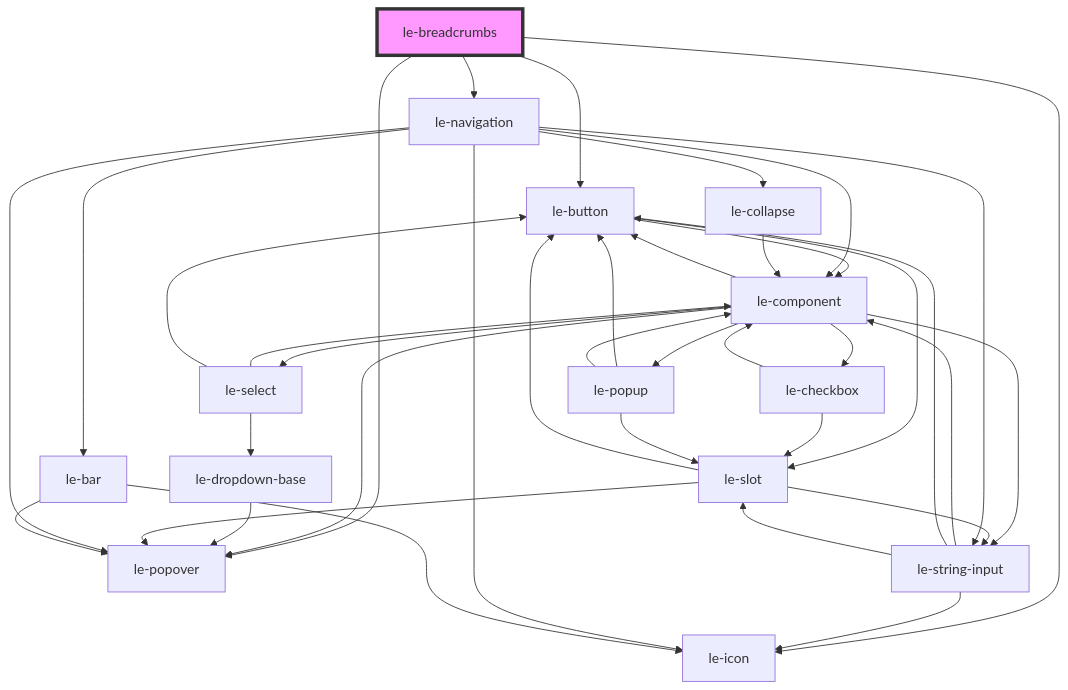
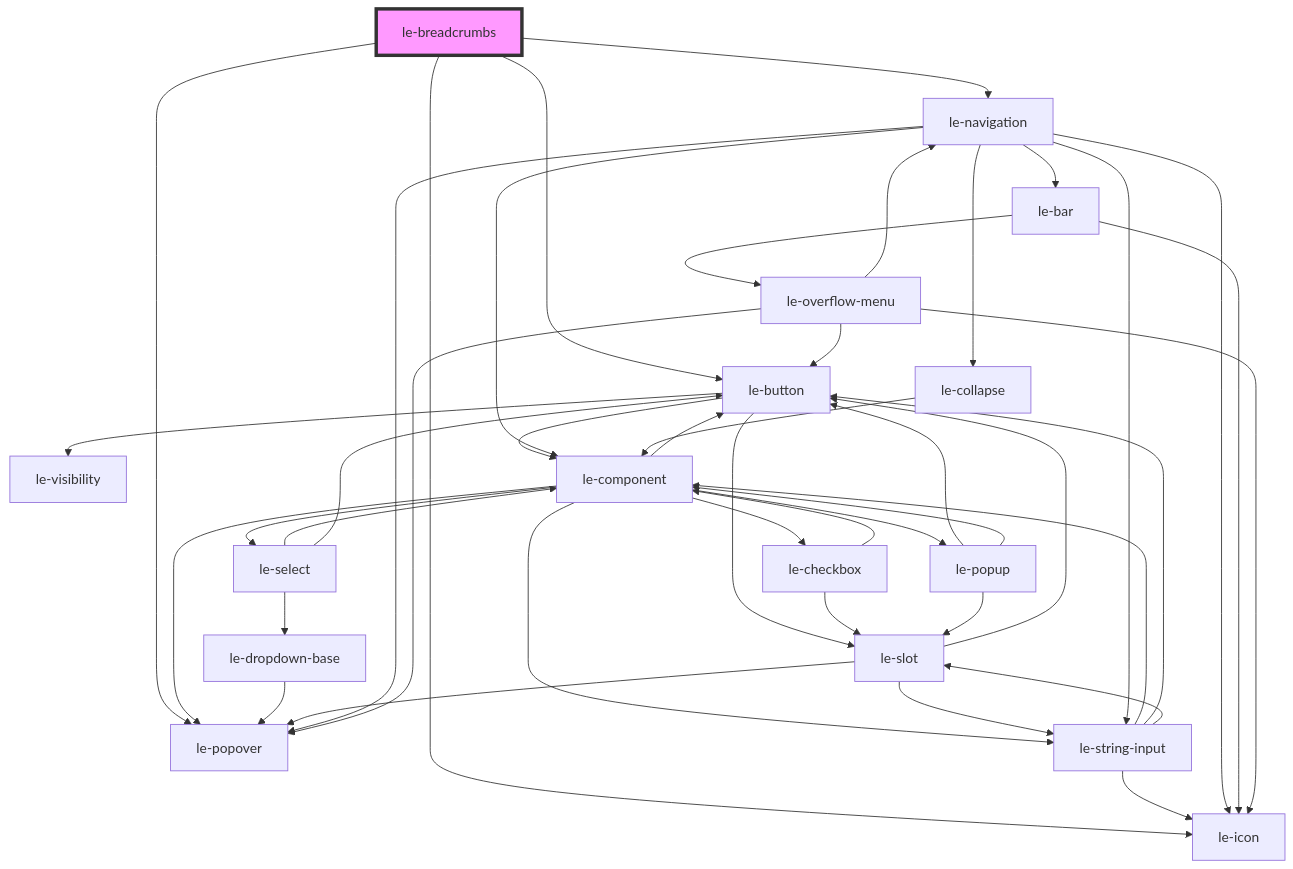
One commit to leechy/le-kit changed the diagram in packages/core/src/components/le-breadcrumbs/readme.md. Above: the diagram before and after it, drawn with Mermaid. The commit also changed 34 other files, not shown here.

````diff
--- a/packages/core/src/components/le-breadcrumbs/readme.md
+++ b/packages/core/src/components/le-breadcrumbs/readme.md
@@ -36,41 +36,46 @@
 ```mermaid
 graph TD;
   le-breadcrumbs --> le-icon
   le-breadcrumbs --> le-button
   le-breadcrumbs --> le-popover
   le-breadcrumbs --> le-navigation
+  le-button --> le-visibility
   le-button --> le-component
   le-button --> le-slot
   le-component --> le-button
   le-component --> le-select
   le-component --> le-checkbox
   le-component --> le-string-input
   le-component --> le-popover
   le-component --> le-popup
   le-select --> le-component
   le-select --> le-dropdown-base
   le-select --> le-button
   le-dropdown-base --> le-popover
   le-checkbox --> le-component
   le-checkbox --> le-slot
   le-slot --> le-popover
   le-slot --> le-button
   le-slot --> le-string-input
   le-string-input --> le-component
   le-string-input --> le-button
   le-string-input --> le-icon
   le-string-input --> le-slot
   le-popup --> le-slot
   le-popup --> le-button
   le-popup --> le-component
   le-navigation --> le-string-input
   le-navigation --> le-icon
   le-navigation --> le-collapse
   le-navigation --> le-popover
   le-navigation --> le-bar
   le-navigation --> le-component
   le-collapse --> le-component
   le-bar --> le-icon
-  le-bar --> le-popover
+  le-bar --> le-overflow-menu
+  le-overflow-menu --> le-navigation
+  le-overflow-menu --> le-popover
+  le-overflow-menu --> le-button
+  le-overflow-menu --> le-icon
   style le-breadcrumbs fill:#f9f,stroke:#333,stroke-width:4px
 ```
````
